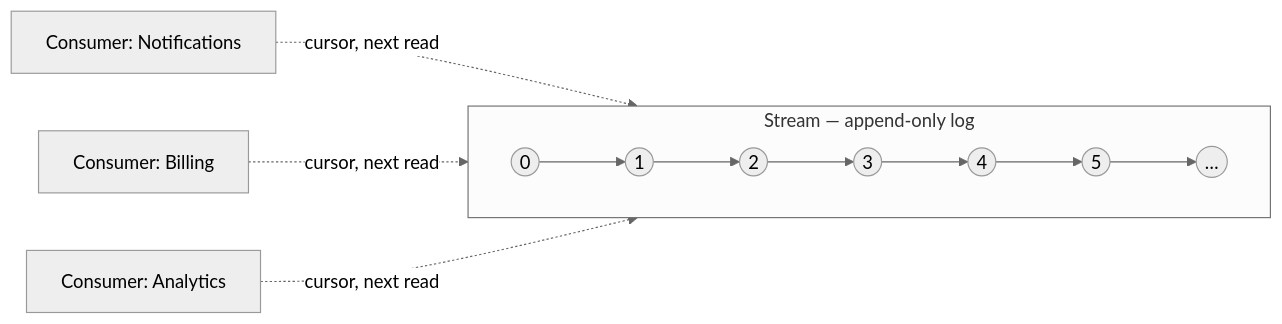
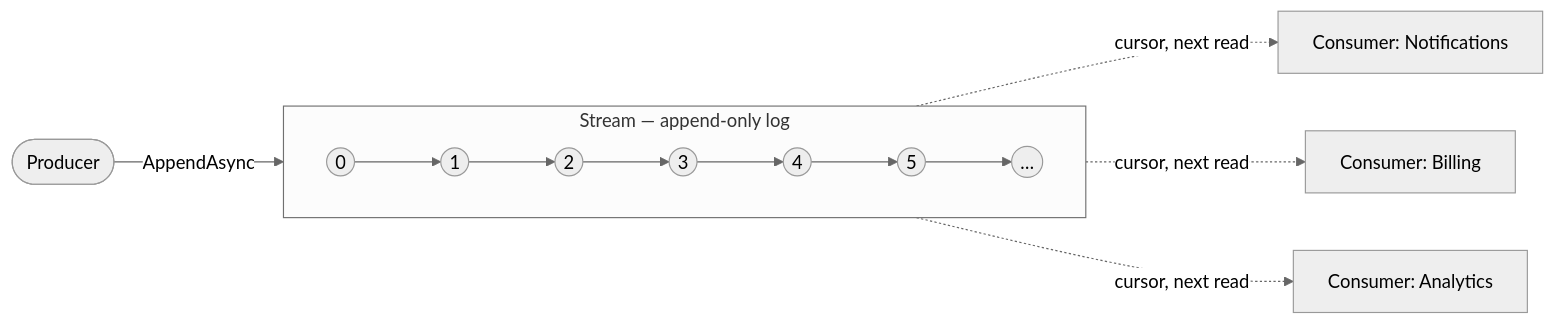
The second of 2 diagrams in docs/DESIGN.md (Clemkd/junction), drawn with Mermaid (neutral theme) before and after one commit.

Commit message:
Add a Producer node to the Stream diagram, mirroring the Queue layout
Producer now appends on the left into offset 0; cursor arrows now flow
from each offset out to its consumer instead of the reverse, so the
three consumers rank to the right of the log in the LR layout — same
left-to-right reading (producers, then the queue/log, then who claims
or consumes) as the Queue diagram.

````diff
--- a/docs/DESIGN.md
+++ b/docs/DESIGN.md
@@ -45,10 +45,13 @@
 ```mermaid
 flowchart LR
+    Producer([Producer]) -->|AppendAsync| e0
+
     subgraph S["Stream — append-only log"]
         direction LR
         e0((0)) --> e1((1)) --> e2((2)) --> e3((3)) --> e4((4)) --> e5((5)) --> next(("…"))
     end
-    Notifications[Consumer: Notifications] -. "cursor, next read" .-> e1
-    Billing[Consumer: Billing] -. "cursor, next read" .-> e3
-    Analytics[Consumer: Analytics] -. "cursor, next read" .-> e5
+
+    e1 -. "cursor, next read" .-> Notifications[Consumer: Notifications]
+    e3 -. "cursor, next read" .-> Billing[Consumer: Billing]
+    e5 -. "cursor, next read" .-> Analytics[Consumer: Analytics]
 ```
````
